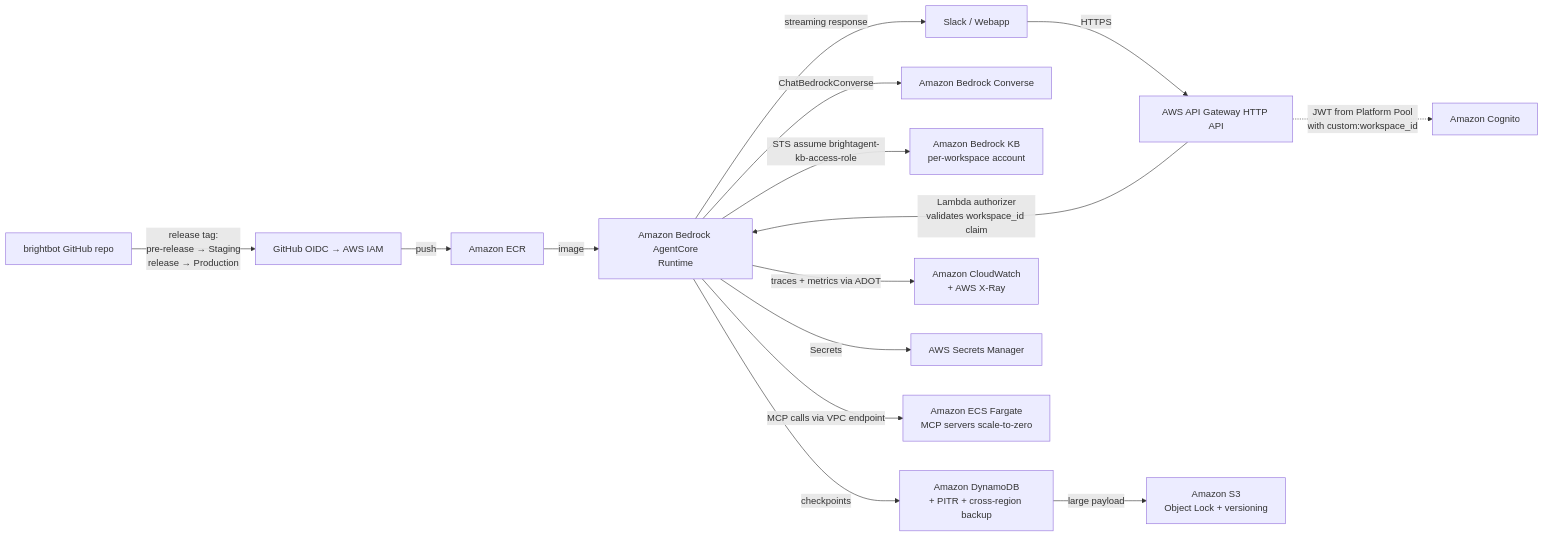
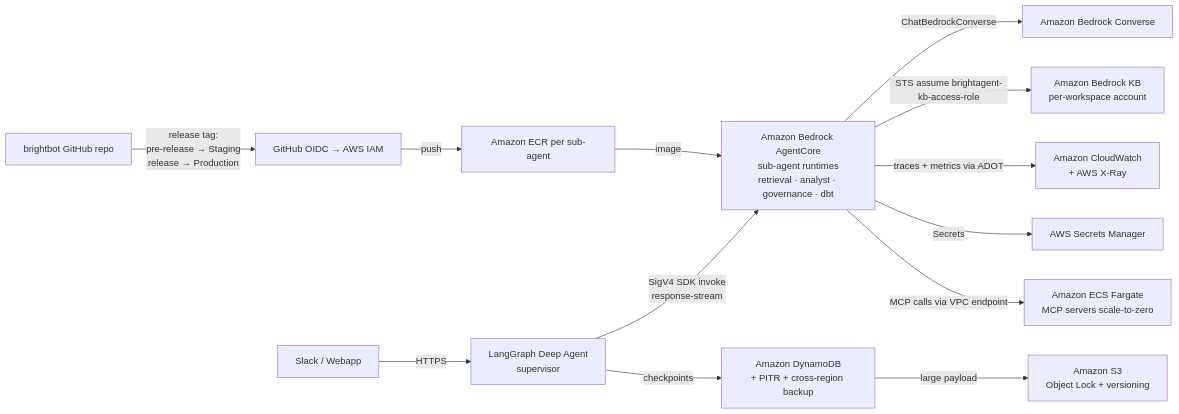
The second of 2 diagrams in docs/specs/agentcore-deployment-migration.md (brighthive/agentic-project-mgmt), drawn with Mermaid before and after one commit. The commit also changed other lines of this file, not shown here.

First line of the commit message:
docs(spec): AgentCore migration v3 — per-sub-agent runtimes, drop API GW (#15)

````diff
--- a/docs/specs/agentcore-deployment-migration.md
+++ b/docs/specs/agentcore-deployment-migration.md
@@ -143,17 +145,15 @@
 ```mermaid
 flowchart LR
     GH[brightbot GitHub repo] -->|release tag:<br/>pre-release → Staging<br/>release → Production| OIDC[GitHub OIDC → AWS IAM]
-    OIDC -->|push| ECR[Amazon ECR]
-    ECR -->|image| AC[Amazon Bedrock AgentCore<br/>Runtime]
-    Client[Slack / Webapp] -->|HTTPS| APIGW[AWS API Gateway HTTP API]
-    APIGW -->|Lambda authorizer<br/>validates workspace_id claim| AC
-    AC -->|streaming response| Client
+    OIDC -->|push| ECR[Amazon ECR per sub-agent]
+    Client[Slack / Webapp] -->|HTTPS| SUP[LangGraph Deep Agent<br/>supervisor]
+    SUP -->|SigV4 SDK invoke<br/>response-stream| AC[Amazon Bedrock AgentCore<br/>sub-agent runtimes<br/>retrieval · analyst · governance · dbt]
+    ECR -->|image| AC
+    SUP -->|checkpoints| DDB[Amazon DynamoDB<br/>+ PITR + cross-region backup]
+    DDB -->|large payload| S3[Amazon S3<br/>Object Lock + versioning]
     AC -->|ChatBedrockConverse| BR[Amazon Bedrock Converse]
     AC -->|STS assume brightagent-kb-access-role| BKB[Amazon Bedrock KB<br/>per-workspace account]
-    AC -->|checkpoints| DDB[Amazon DynamoDB<br/>+ PITR + cross-region backup]
-    DDB -->|large payload| S3[Amazon S3<br/>Object Lock + versioning]
     AC -->|traces + metrics via ADOT| CW[Amazon CloudWatch<br/>+ AWS X-Ray]
     AC -->|Secrets| SM[AWS Secrets Manager]
     AC -->|MCP calls via VPC endpoint| ECS[Amazon ECS Fargate<br/>MCP servers scale-to-zero]
-    APIGW -.->|JWT from Platform Pool<br/>with custom:workspace_id| COG[Amazon Cognito]
 ```
````
